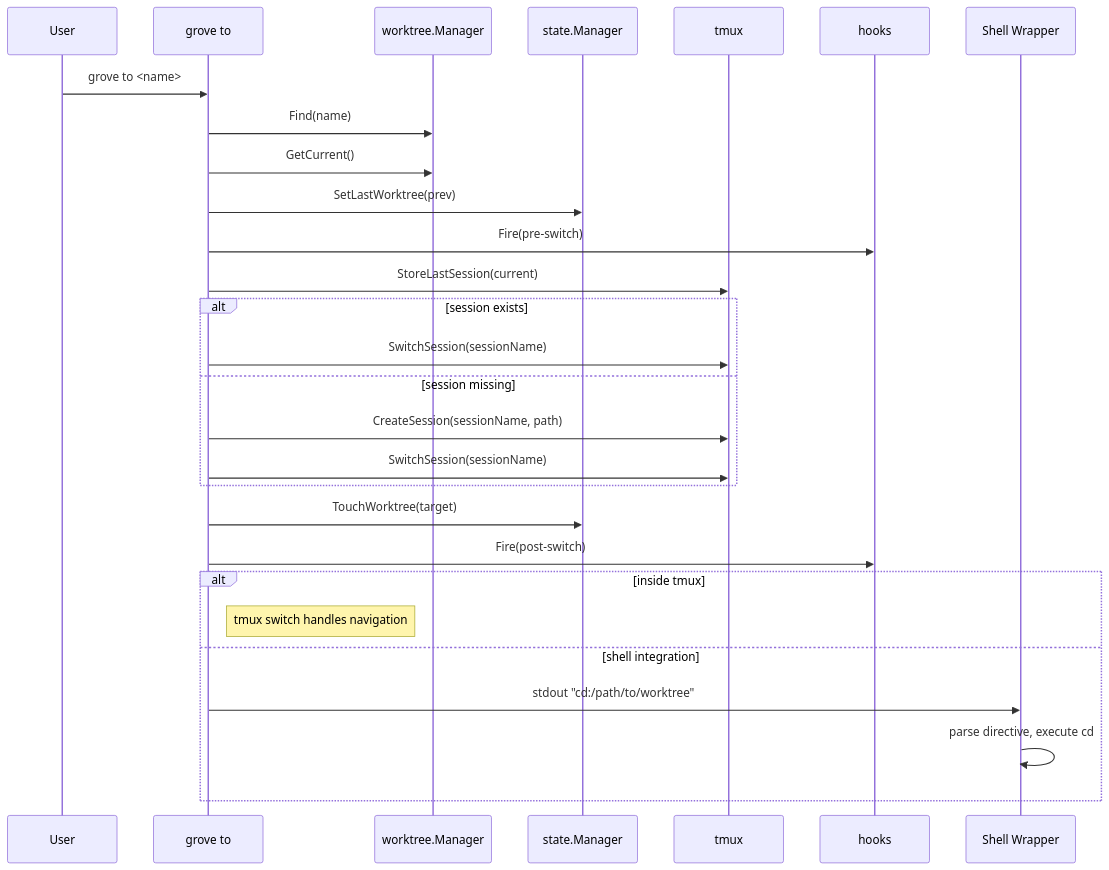
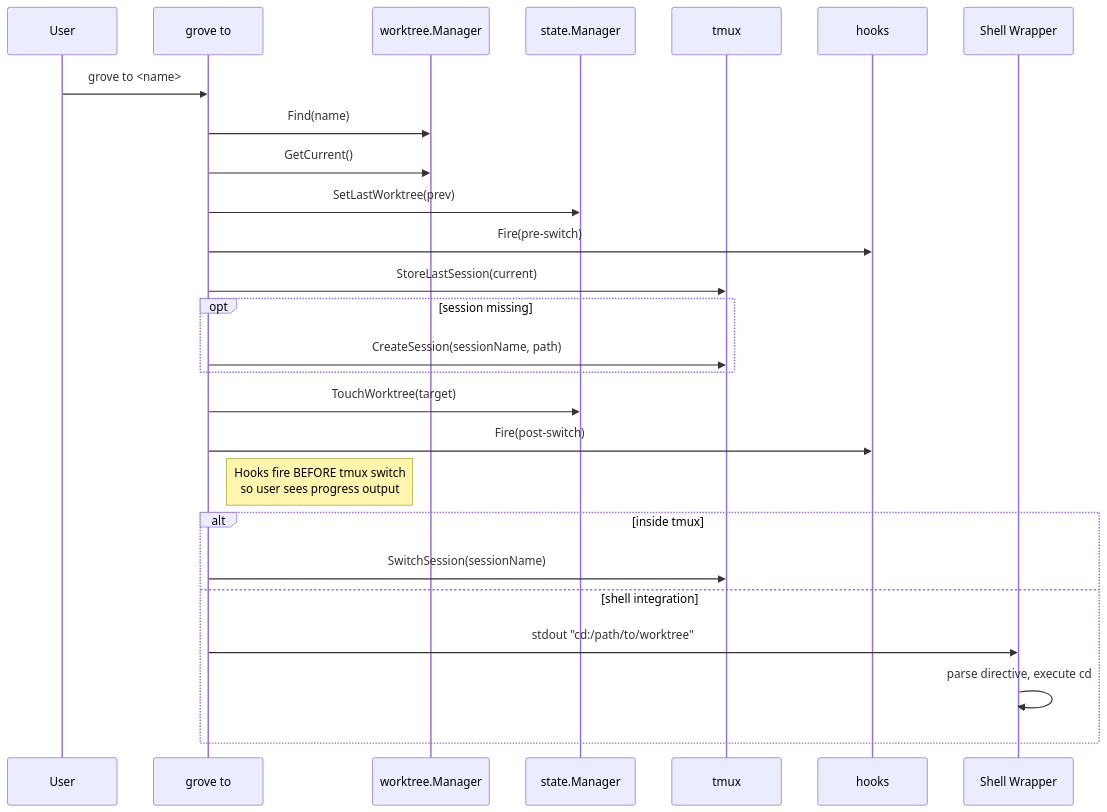
Before and after one commit to LeahArmstrong/grove-cli: the fifth of 7 diagrams in docs/DATA_FLOWS.md, drawn with Mermaid. The commit also changed other lines of this file and 18 other files, not shown here.

````diff
--- a/docs/DATA_FLOWS.md
+++ b/docs/DATA_FLOWS.md
@@ -312,31 +312,29 @@
 ```mermaid
 sequenceDiagram
     participant U as User
     participant T as grove to
     participant W as worktree.Manager
     participant S as state.Manager
     participant TM as tmux
     participant H as hooks
     participant SH as Shell Wrapper
 
     U->>T: grove to <name>
     T->>W: Find(name)
     T->>W: GetCurrent()
     T->>S: SetLastWorktree(prev)
     T->>H: Fire(pre-switch)
     T->>TM: StoreLastSession(current)
-    alt session exists
-        T->>TM: SwitchSession(sessionName)
-    else session missing
+    opt session missing
         T->>TM: CreateSession(sessionName, path)
-        T->>TM: SwitchSession(sessionName)
     end
     T->>S: TouchWorktree(target)
     T->>H: Fire(post-switch)
+    Note right of T: Hooks fire BEFORE tmux switch<br/>so user sees progress output
     alt inside tmux
-        Note right of T: tmux switch handles navigation
+        T->>TM: SwitchSession(sessionName)
     else shell integration
         T->>SH: stdout "cd:/path/to/worktree"
         SH->>SH: parse directive, execute cd
     end
 ```
````
